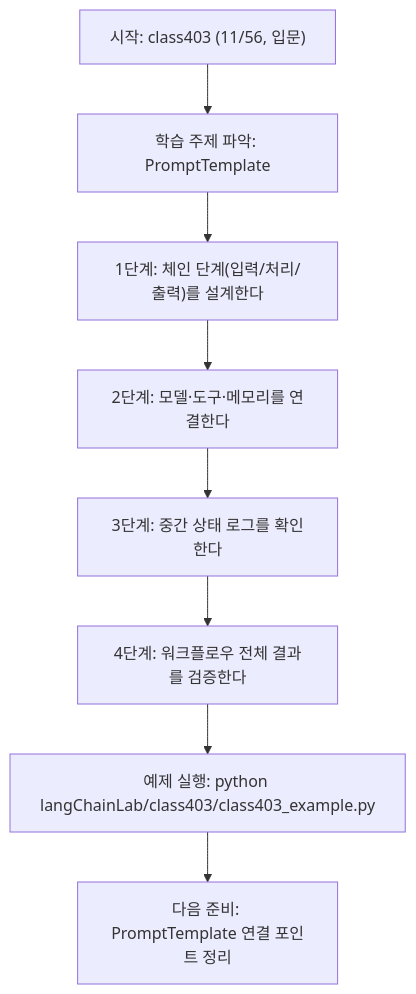
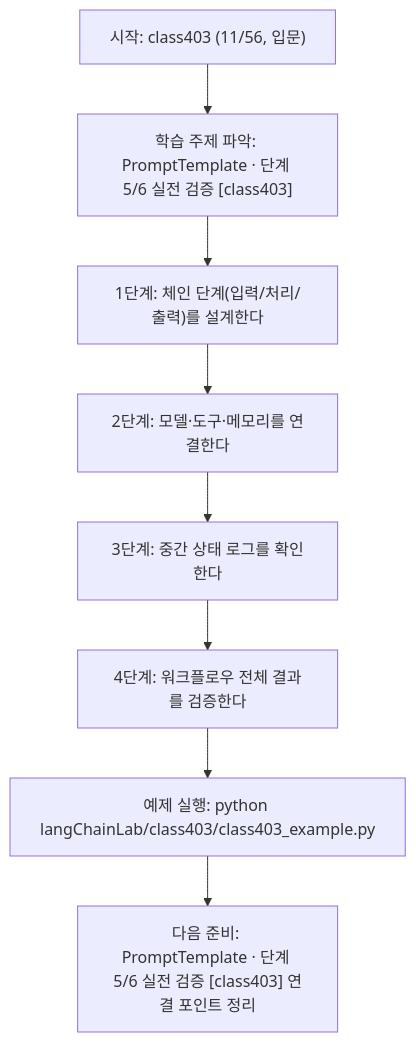
Before and after one commit to edumgt/Python-AI_Agent-Class: the diagram in langChainLab/class403/class403.md, drawn with Mermaid. The commit also changed other lines of this file and 522 other files, not shown here.

````diff
--- a/langChainLab/class403/class403.md
+++ b/langChainLab/class403/class403.md
@@ -107,18 +108,18 @@
 ```mermaid
 flowchart TD
 N1["시작: class403 (11/56, 입문)"]
-N2["학습 주제 파악: PromptTemplate"]
+N2["학습 주제 파악: PromptTemplate · 단계 5/6 실전 검증 [class403]"]
 N3["1단계: 체인 단계(입력/처리/출력)를 설계한다"]
 N4["2단계: 모델·도구·메모리를 연결한다"]
 N5["3단계: 중간 상태 로그를 확인한다"]
 N6["4단계: 워크플로우 전체 결과를 검증한다"]
 N7["예제 실행: python langChainLab/class403/class403_example.py"]
-N8["다음 준비: PromptTemplate 연결 포인트 정리"]
+N8["다음 준비: PromptTemplate · 단계 5/6 실전 검증 [class403] 연결 포인트 정리"]
 N1 --> N2
 N2 --> N3
 N3 --> N4
 N4 --> N5
 N5 --> N6
 N6 --> N7
 N7 --> N8
 ```
````
